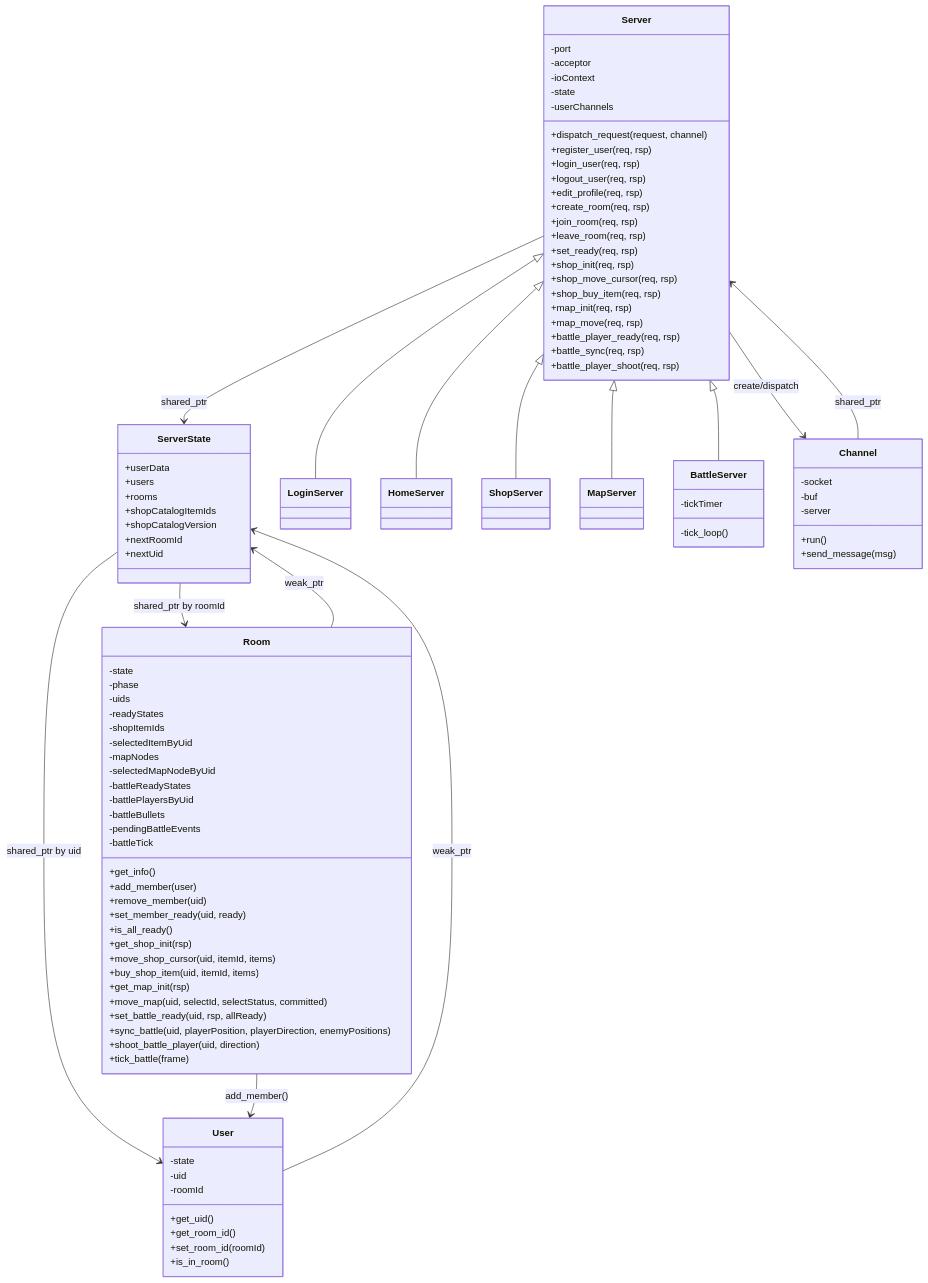
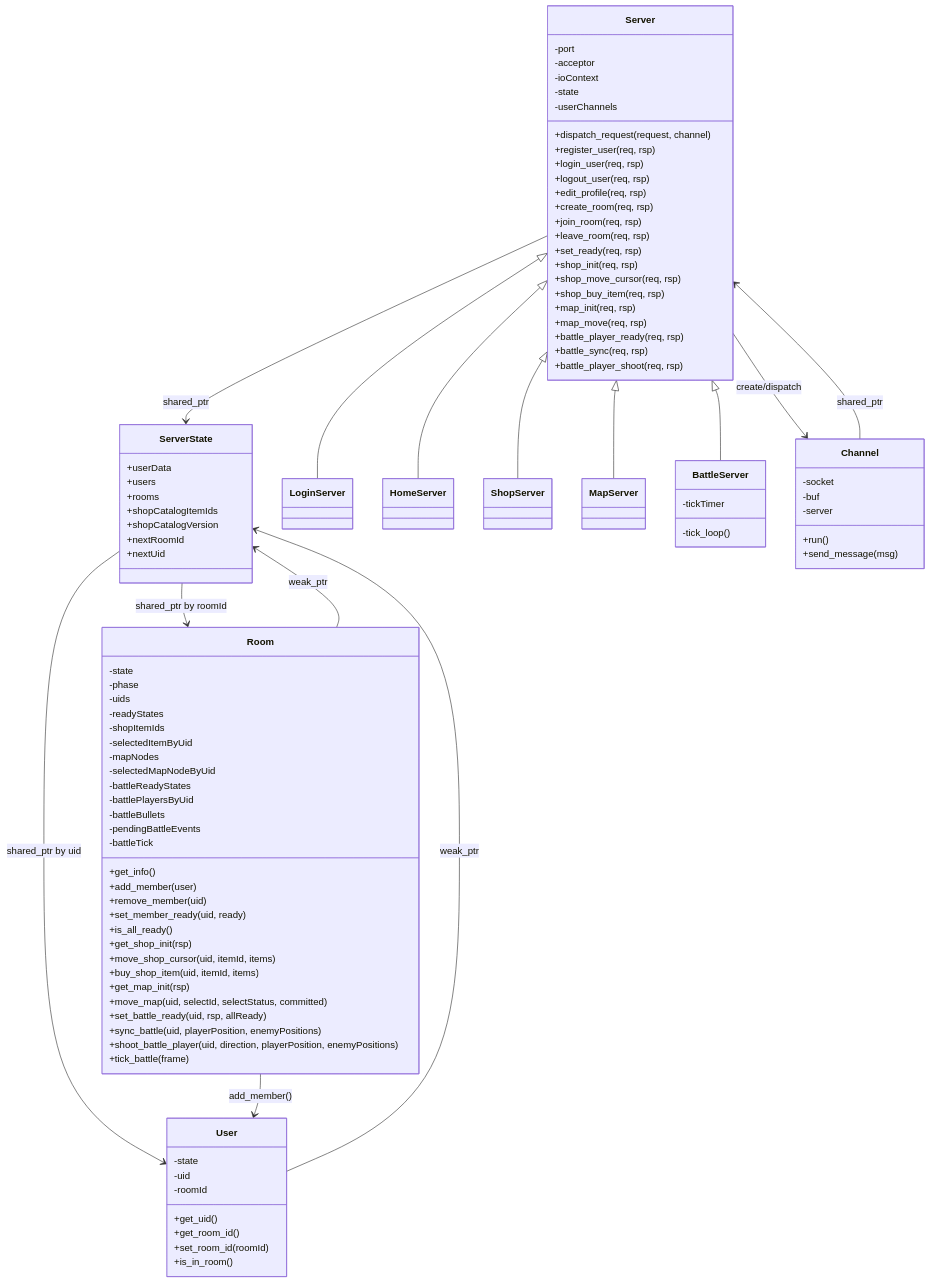
The diagram in docs/ARCHITECTURE.md (zaragoza-xu/server), drawn with Mermaid before and after one commit. The commit also changed other lines of this file and 10 other files, not shown here.

```diff
--- a/docs/ARCHITECTURE.md
+++ b/docs/ARCHITECTURE.md
@@ -108,8 +116,8 @@
         +get_map_init(rsp)
         +move_map(uid, selectId, selectStatus, committed)
         +set_battle_ready(uid, rsp, allReady)
-        +sync_battle(uid, playerPosition, playerDirection, enemyPositions)
-        +shoot_battle_player(uid, direction)
+        +sync_battle(uid, playerPosition, enemyPositions)
+        +shoot_battle_player(uid, direction, playerPosition, enemyPositions)
         +tick_battle(frame)
     }
 
```
